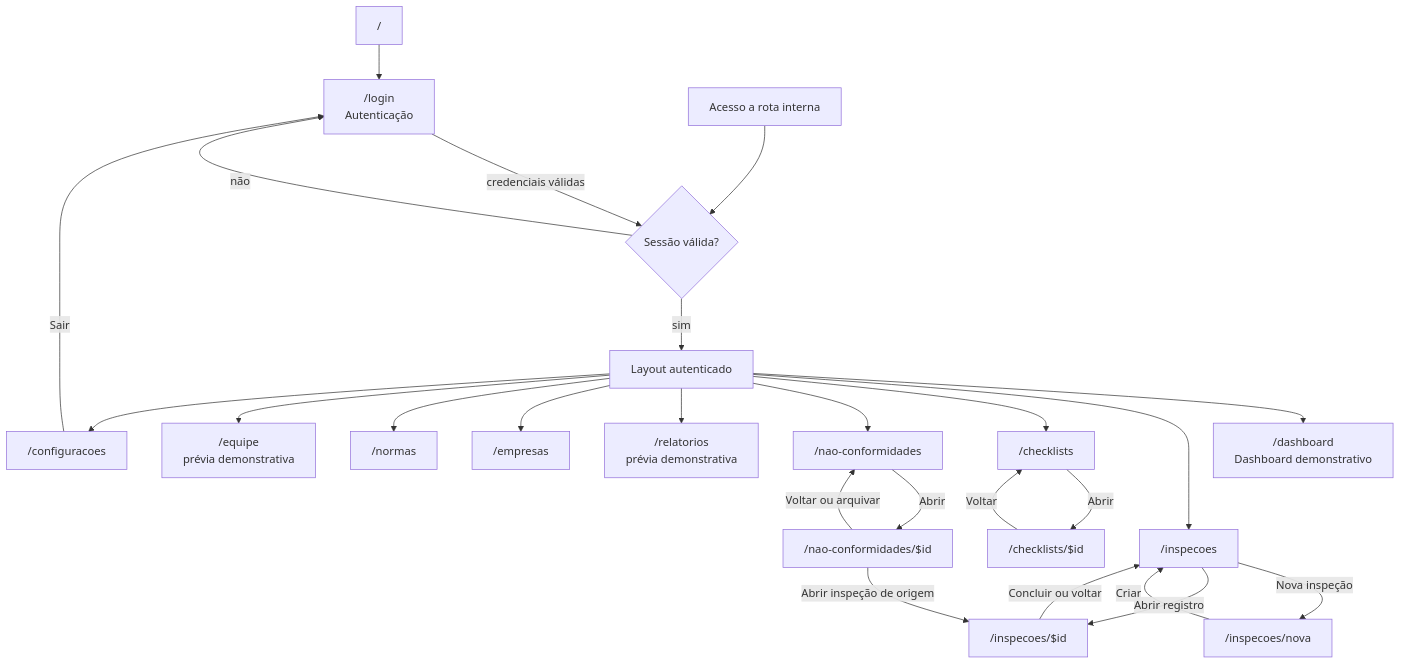
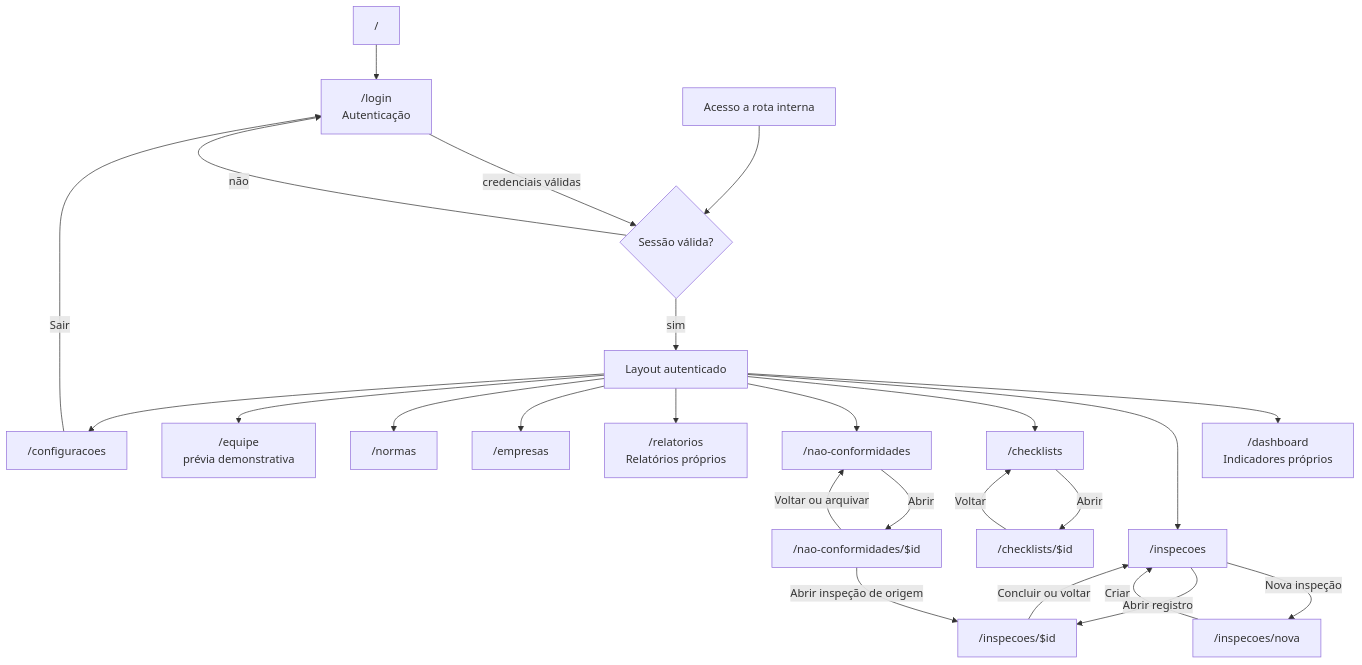
Before and after one commit to PedroVitor237/safe-watch-insight: the diagram in Documentation/MAPA_DE_NAVEGACAO.md, drawn with Mermaid. The commit also changed other lines of this file and 11 other files, not shown here.

````diff
--- a/Documentation/MAPA_DE_NAVEGACAO.md
+++ b/Documentation/MAPA_DE_NAVEGACAO.md
@@ -41,34 +41,34 @@
 ```mermaid
 flowchart TD
     Root["/"] --> Login["/login<br/>Autenticação"]
     Login -->|credenciais válidas| Guard
     Internal["Acesso a rota interna"] --> Guard
 
     Guard{"Sessão válida?"}
     Guard -->|não| Login
     Guard -->|sim| App["Layout autenticado"]
 
-    App --> Dashboard["/dashboard<br/>Dashboard demonstrativo"]
+    App --> Dashboard["/dashboard<br/>Indicadores próprios"]
     App --> Inspections["/inspecoes"]
     App --> Checklists["/checklists"]
     App --> NCs["/nao-conformidades"]
-    App --> Reports["/relatorios<br/>prévia demonstrativa"]
+    App --> Reports["/relatorios<br/>Relatórios próprios"]
     App --> Companies["/empresas"]
     App --> Standards["/normas"]
     App --> Team["/equipe<br/>prévia demonstrativa"]
     App --> Settings["/configuracoes"]
 
     Inspections -->|Nova inspeção| NewInspection["/inspecoes/nova"]
     NewInspection -->|Criar| Inspections
     Inspections -->|Abrir registro| Inspection["/inspecoes/$id"]
     Inspection -->|Concluir ou voltar| Inspections
 
     Checklists -->|Abrir| Checklist["/checklists/$id"]
     Checklist -->|Voltar| Checklists
 
     NCs -->|Abrir| NC["/nao-conformidades/$id"]
     NC -->|Abrir inspeção de origem| Inspection
     NC -->|Voltar ou arquivar| NCs
 
     Settings -->|Sair| Login
 ```
````
